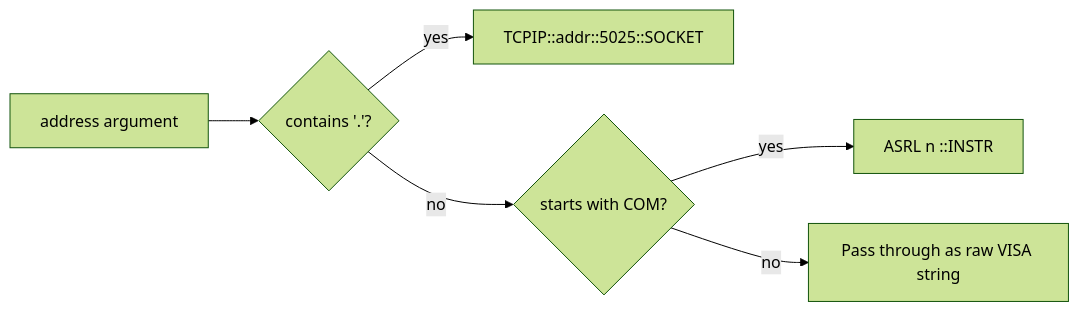
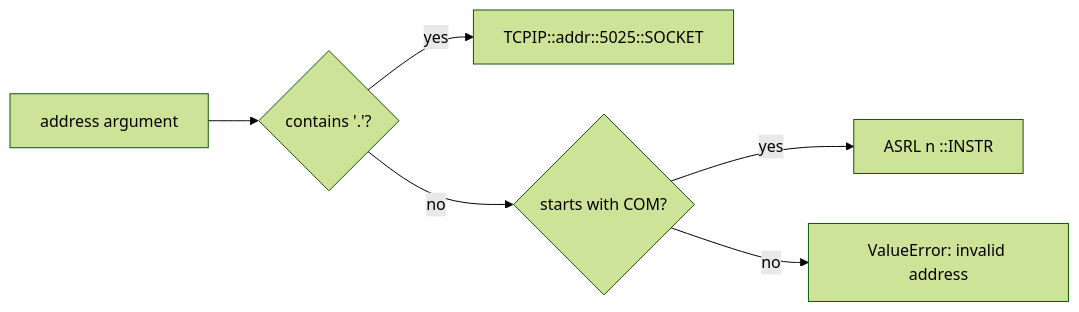
One commit to YarinCardillo/hmc8012-measure changed the fourth of 4 diagrams in README.md. Above: the diagram before and after it, drawn with Mermaid (forest theme). The commit also changed other lines of this file and 4 other files, not shown here.

````diff
--- a/README.md
+++ b/README.md
@@ -73,8 +193,8 @@
 ```mermaid
 flowchart LR
     A[address argument] --> B{contains '.'?}
     B -- yes --> C["TCPIP::addr::5025::SOCKET"]
     B -- no --> D{starts with COM?}
     D -- yes --> E["ASRL n ::INSTR"]
-    D -- no --> F[Pass through as raw VISA string]
+    D -- no --> F[ValueError: invalid address]
 ```
````
